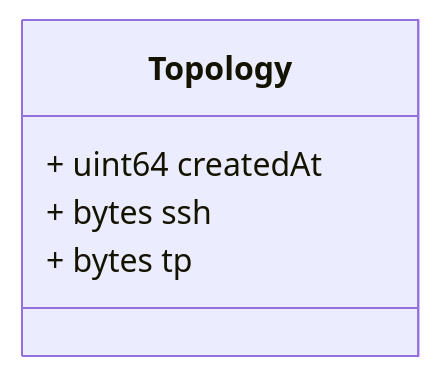
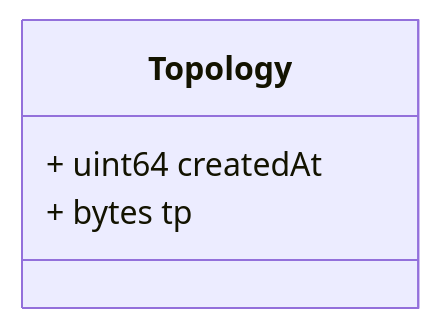
The diagram in docs/topology.proto.md (zaphiro-technologies/protobuf), drawn with Mermaid before and after one commit. The commit also changed other lines of this file and 4 other files, not shown here.

````diff
--- a/docs/topology.proto.md
+++ b/docs/topology.proto.md
@@ -23,20 +23,19 @@
 ```mermaid
 classDiagram
 direction LR
 
 %% A topology computed information.
 %% Headers used in rabbitMQ:
 %% * `id`: id of the `Topology`
 %% * `type`: always `Topology`
 %% * `producerId`: the id of the producer (e.g. a PMU) linked to the dataset.
 %% * `timestampId`: related measurement Unix msec timestamp (if any)
 %% * `subnetworkId`: the sub network id for which the topology was computed
 %% 
 
 class Topology {
   + uint64 createdAt
-  + bytes ssh
   + bytes tp
 }
 
 ```
````
